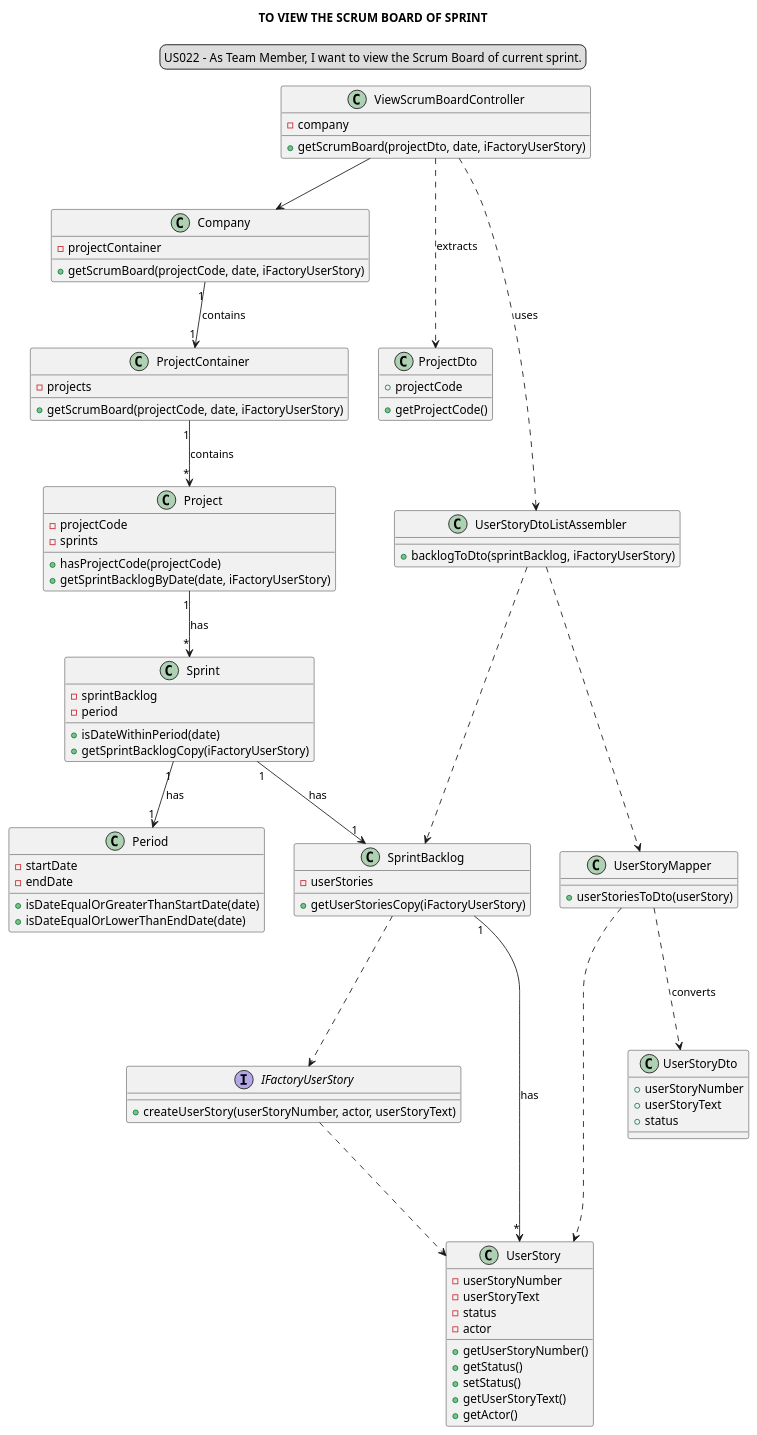
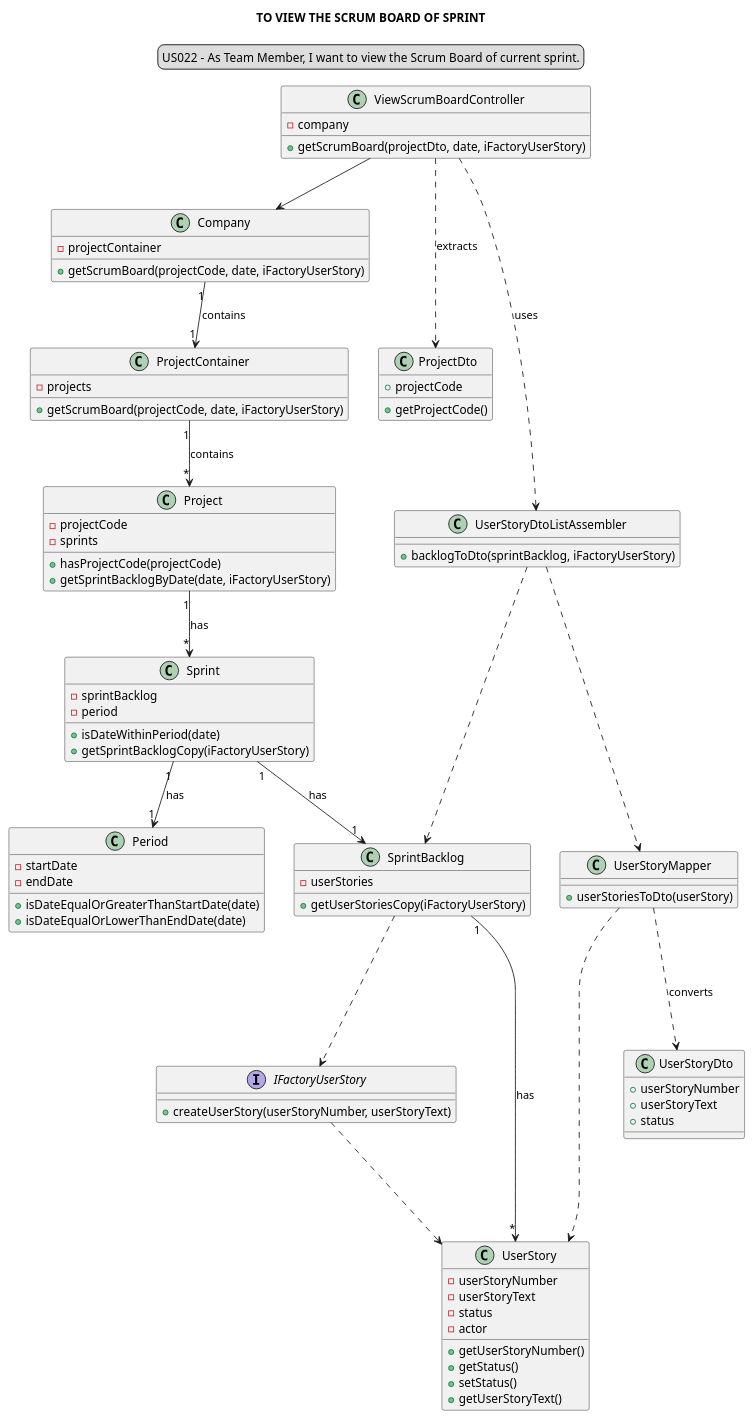
The diagram in docs/modelling_design/user_stories/sprint03/us022/US022_classDiagram.puml (Loracline/project_switch_22-23), drawn with PlantUML before and after one commit.

Commit message:
US022: Design: Updated partial class diagram, addresses #50

```diff
--- a/docs/modelling_design/user_stories/sprint03/us022/US022_classDiagram.puml
+++ b/docs/modelling_design/user_stories/sprint03/us022/US022_classDiagram.puml
@@ -1,114 +1,114 @@
 @startuml
 
 skinparam sequenceMessageAlign center
 title TO VIEW THE SCRUM BOARD OF SPRINT
 legend top
 US022 - As Team Member, I want to view the Scrum Board of current sprint.
 end legend
 
 class ViewScrumBoardController
 class Company
 class ProjectContainer
 class Project
 class Sprint
 class SprintBacklog
 class ProjectDto
 interface IFactoryUserStory
 class UserStory
 class UserStoryDtoListAssembler
 class UserStoryMapper
 class UserStoryDto
 
 class ViewScrumBoardController {
 -company
 +getScrumBoard(projectDto, date, iFactoryUserStory)
 }
 
 class Company {
 -projectContainer
 +getScrumBoard(projectCode, date, iFactoryUserStory)
 }
 
 class ProjectContainer {
 -projects
 +getScrumBoard(projectCode, date, iFactoryUserStory)
 }
 
 class Project {
 -projectCode
 -sprints
 +hasProjectCode(projectCode)
 +getSprintBacklogByDate(date, iFactoryUserStory)
 }
 
 class Sprint {
 -sprintBacklog
 -period
 +isDateWithinPeriod(date)
 +getSprintBacklogCopy(iFactoryUserStory)
 }
 
 class Period {
 -startDate
 -endDate
 +isDateEqualOrGreaterThanStartDate(date)
 +isDateEqualOrLowerThanEndDate(date)
 }
 
 class SprintBacklog {
 -userStories
 +getUserStoriesCopy(iFactoryUserStory)
 }
 
 class ProjectDto {
 +projectCode
 +getProjectCode()
 }
 
 interface IFactoryUserStory {
-+createUserStory(userStoryNumber, actor, userStoryText)
++createUserStory(userStoryNumber, userStoryText)
 }
 
 class UserStory {
 -userStoryNumber
 -userStoryText
 -status
 -actor
 +getUserStoryNumber()
 +getStatus()
 +setStatus()
 +getUserStoryText()
-+getActor()
+
 }
 
 class UserStoryDto {
 +userStoryNumber
 +userStoryText
 +status
 }
 
 class UserStoryMapper {
 +userStoriesToDto(userStory)
 }
 
 class UserStoryDtoListAssembler {
 +backlogToDto(sprintBacklog, iFactoryUserStory)
 }
 
 "ViewScrumBoardController" --> "Company"
 "Company" "1" --> "1" "ProjectContainer": contains
 "ProjectContainer" "1" --> "*" "Project": contains
 "Project" "1" --> "*" "Sprint": has
 "Sprint" "1" --> "1" "SprintBacklog": has
 "Sprint" "1" --> "1" "Period": has
 "SprintBacklog" .--> "IFactoryUserStory"
 "SprintBacklog" "1" --> "*" "UserStory": has
 "IFactoryUserStory" .--> "UserStory"
 "ViewScrumBoardController" .--> "ProjectDto": extracts
 "ViewScrumBoardController" .--> "UserStoryDtoListAssembler": uses
 "UserStoryDtoListAssembler" .--> "UserStoryMapper"
 "UserStoryDtoListAssembler" .--> "SprintBacklog"
 "UserStoryMapper" .--> "UserStoryDto": converts
 "UserStoryMapper" .--> "UserStory"
 
 @enduml
```
